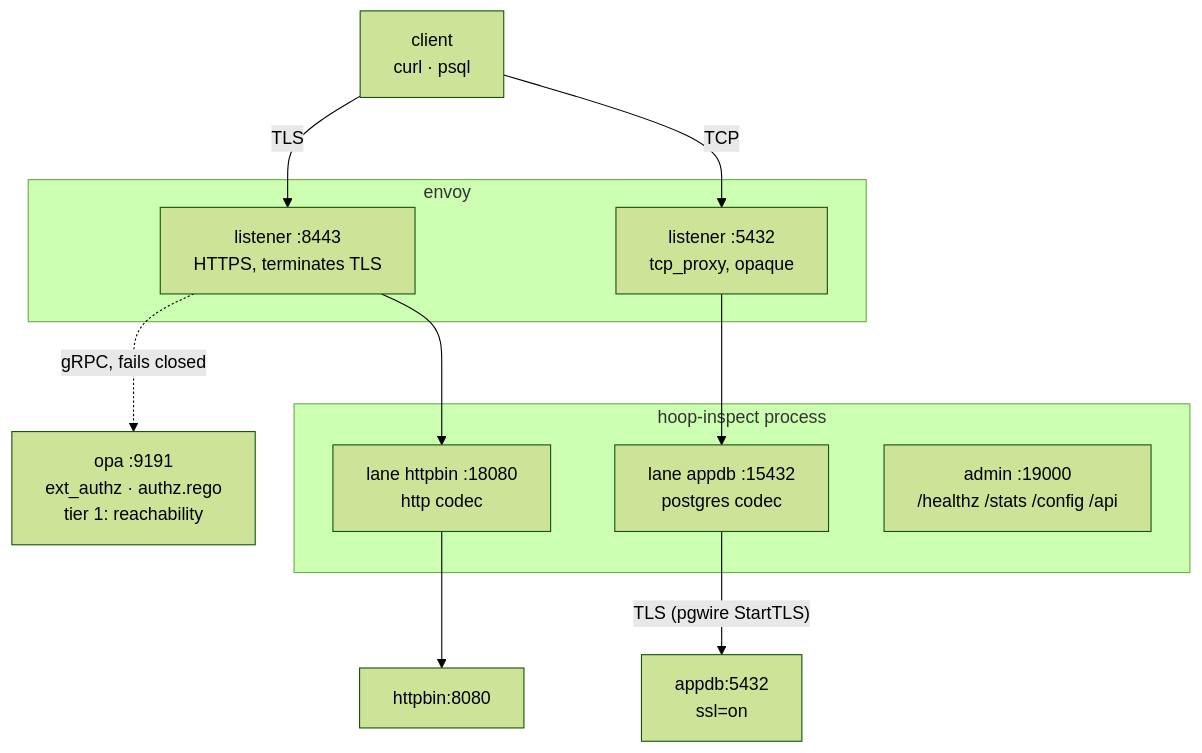
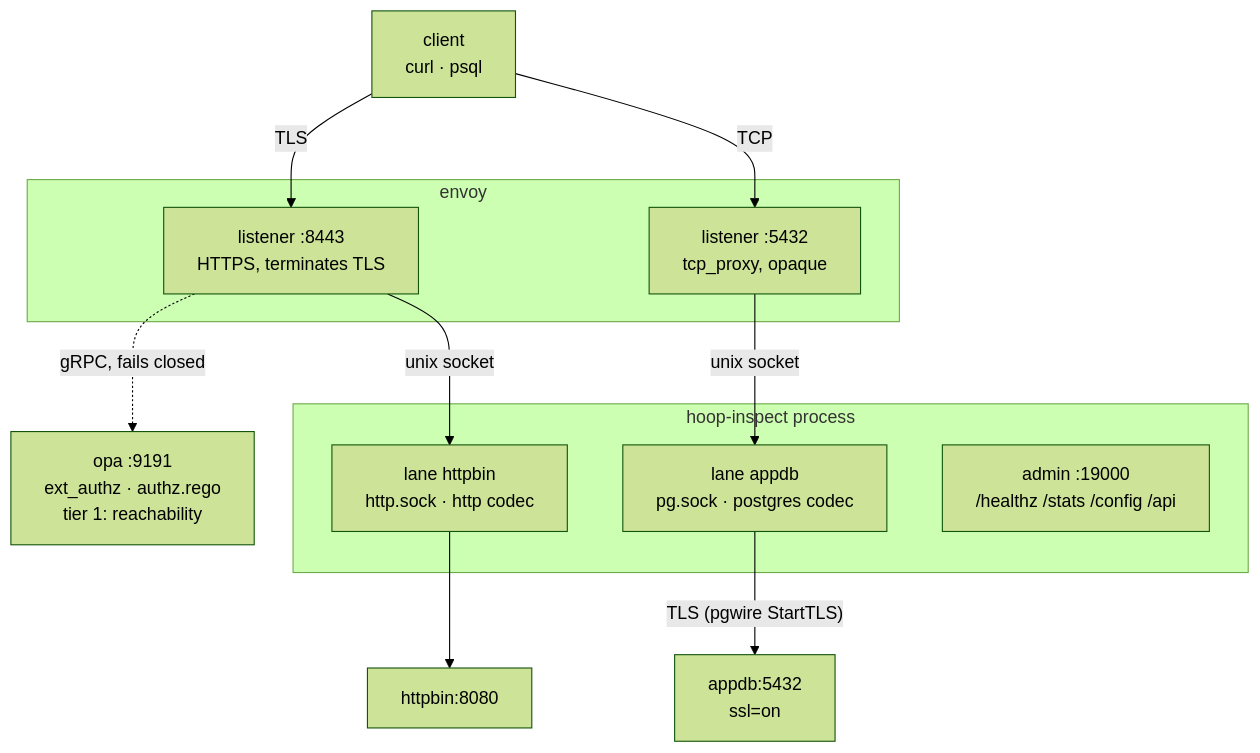
One commit to hoophq/documentation changed the first of 4 diagrams in setup/configuration/hoop-inspect/components.mdx. Above: the diagram before and after it, drawn with Mermaid (forest theme). The commit also changed other lines of this file and 2 other files, not shown here.

````diff
--- a/setup/configuration/hoop-inspect/components.mdx
+++ b/setup/configuration/hoop-inspect/components.mdx
@@ -18,26 +18,26 @@
 ```mermaid
 flowchart TB
     C["client<br/>curl · psql"]
 
     subgraph envoy["envoy"]
       L8443["listener :8443<br/>HTTPS, terminates TLS"]
       L5432["listener :5432<br/>tcp_proxy, opaque"]
     end
 
     OPA["opa :9191<br/>ext_authz · authz.rego<br/>tier 1: reachability"]
 
     subgraph si["hoop-inspect process"]
-      LH["lane httpbin :18080<br/>http codec"]
-      LP["lane appdb :15432<br/>postgres codec"]
+      LH["lane httpbin<br/>http.sock · http codec"]
+      LP["lane appdb<br/>pg.sock · postgres codec"]
       ADM["admin :19000<br/>/healthz /stats /config /api"]
     end
 
     H["httpbin:8080"]
     D["appdb:5432<br/>ssl=on"]
 
     C -- TLS --> L8443
     C -- TCP --> L5432
     L8443 -. "gRPC, fails closed" .-> OPA
-    L8443 --> LH --> H
-    L5432 --> LP -- "TLS (pgwire StartTLS)" --> D
+    L8443 -- "unix socket" --> LH --> H
+    L5432 -- "unix socket" --> LP -- "TLS (pgwire StartTLS)" --> D
 ```
````
